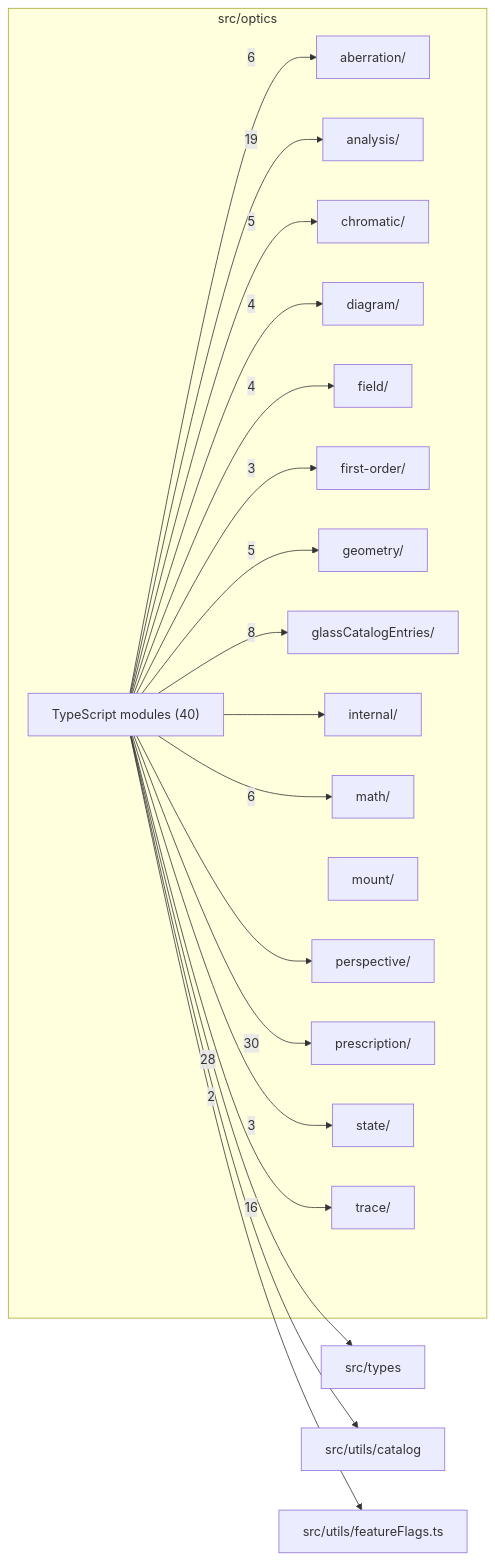
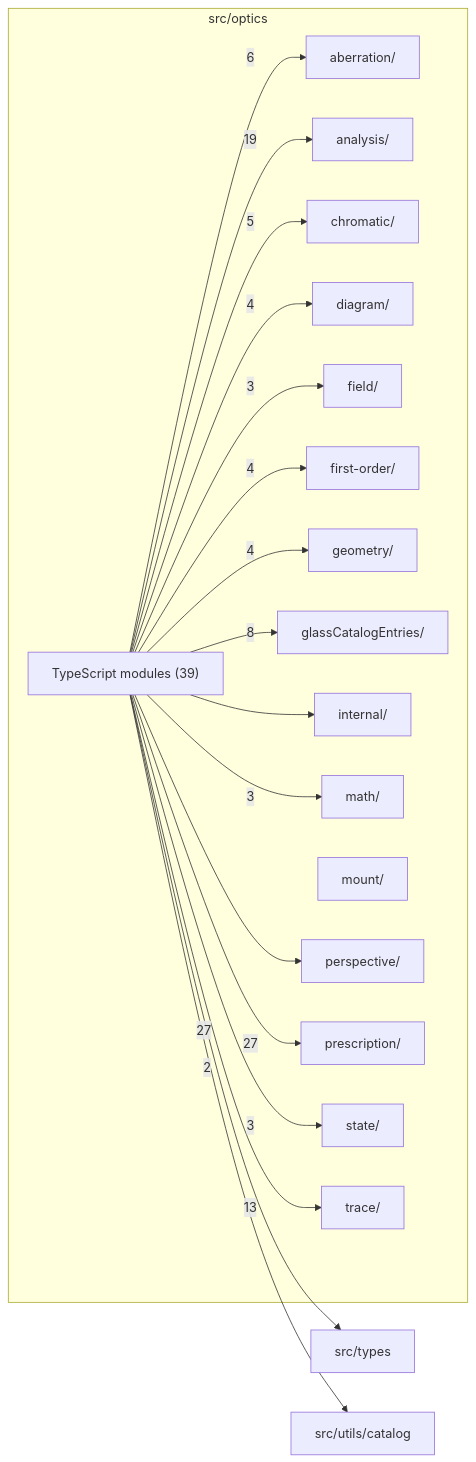
One commit to ronbuening/LensVisualizer changed the diagram in src/optics/readme.md. Above: the diagram before and after it, drawn with Mermaid. The commit also changed other lines of this file and 55 other files, not shown here.

````diff
--- a/src/optics/readme.md
+++ b/src/optics/readme.md
@@ -9,41 +9,39 @@
 ```mermaid
 flowchart LR
   subgraph n_src_optics["src/optics"]
     n_src_optics_src_optics_aberration["aberration/"]
     n_src_optics_src_optics_analysis["analysis/"]
     n_src_optics_src_optics_chromatic["chromatic/"]
     n_src_optics_src_optics_diagram["diagram/"]
     n_src_optics_src_optics_field["field/"]
     n_src_optics_src_optics_first_order["first-order/"]
     n_src_optics_src_optics_geometry["geometry/"]
     n_src_optics_src_optics_glassCatalogEntries["glassCatalogEntries/"]
     n_src_optics_src_optics_internal["internal/"]
     n_src_optics_src_optics_math["math/"]
     n_src_optics_src_optics_mount["mount/"]
     n_src_optics_src_optics_perspective["perspective/"]
     n_src_optics_src_optics_prescription["prescription/"]
     n_src_optics_src_optics_state["state/"]
     n_src_optics_src_optics_trace["trace/"]
-    n_src_optics_TypeScript_modules["TypeScript modules (40)"]
+    n_src_optics_TypeScript_modules["TypeScript modules (39)"]
   end
   n_external_src_types["src/types"]
   n_external_src_utils_catalog["src/utils/catalog"]
-  n_external_src_utils_featureFlags_ts["src/utils/featureFlags.ts"]
-  n_src_optics_TypeScript_modules --> |30| n_src_optics_src_optics_prescription
-  n_src_optics_TypeScript_modules --> |28| n_external_src_types
+  n_src_optics_TypeScript_modules --> |27| n_external_src_types
+  n_src_optics_TypeScript_modules --> |27| n_src_optics_src_optics_prescription
   n_src_optics_TypeScript_modules --> |19| n_src_optics_src_optics_analysis
-  n_src_optics_TypeScript_modules --> |16| n_src_optics_src_optics_trace
+  n_src_optics_TypeScript_modules --> |13| n_src_optics_src_optics_trace
   n_src_optics_TypeScript_modules --> |8| n_src_optics_src_optics_glassCatalogEntries
   n_src_optics_TypeScript_modules --> |6| n_src_optics_src_optics_aberration
-  n_src_optics_TypeScript_modules --> |6| n_src_optics_src_optics_math
   n_src_optics_TypeScript_modules --> |5| n_src_optics_src_optics_chromatic
-  n_src_optics_TypeScript_modules --> |5| n_src_optics_src_optics_geometry
   n_src_optics_TypeScript_modules --> |4| n_src_optics_src_optics_diagram
-  n_src_optics_TypeScript_modules --> |4| n_src_optics_src_optics_field
-  n_src_optics_TypeScript_modules --> |3| n_src_optics_src_optics_first_order
+  n_src_optics_TypeScript_modules --> |4| n_src_optics_src_optics_first_order
+  n_src_optics_TypeScript_modules --> |4| n_src_optics_src_optics_geometry
+  n_src_optics_TypeScript_modules --> |3| n_src_optics_src_optics_field
+  n_src_optics_TypeScript_modules --> |3| n_src_optics_src_optics_math
   n_src_optics_TypeScript_modules --> |3| n_src_optics_src_optics_state
   n_src_optics_TypeScript_modules --> |2| n_external_src_utils_catalog
-  n_src_optics_TypeScript_modules --> n_external_src_utils_featureFlags_ts
   n_src_optics_TypeScript_modules --> n_src_optics_src_optics_internal
   n_src_optics_TypeScript_modules --> n_src_optics_src_optics_perspective
 ```
````
